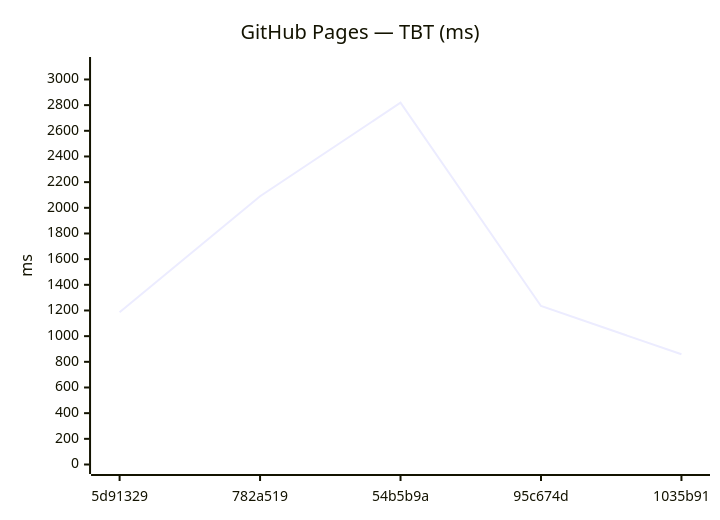
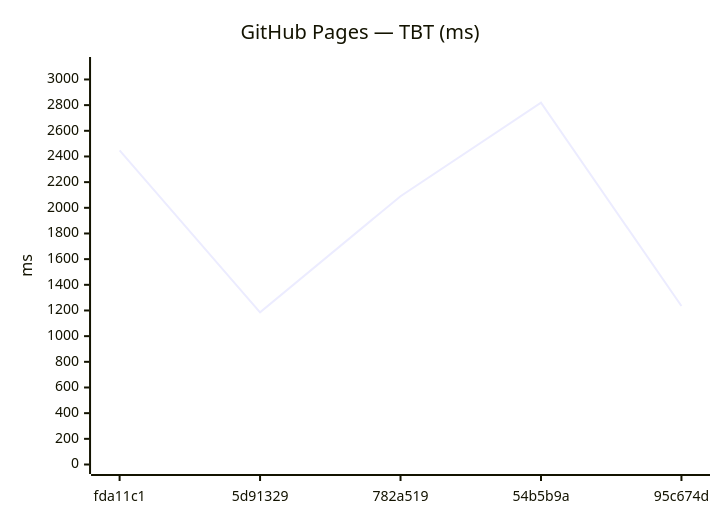
Before and after one commit to Metaheurist/Rianell: the tenth of 18 diagrams in benchmarks/compare.md, drawn with Mermaid. The commit also changed other lines of this file and 11 other files, not shown here.

````diff
--- a/benchmarks/compare.md
+++ b/benchmarks/compare.md
@@ -149,7 +149,7 @@
 ```mermaid
 xychart-beta
     title "GitHub Pages — TBT (ms)"
-    x-axis ["5d91329", "782a519", "54b5b9a", "95c674d", "1035b91"]
+    x-axis ["fda11c1", "5d91329", "782a519", "54b5b9a", "95c674d"]
     y-axis "ms" 0 --> 3101
-    line [1186, 2090, 2819, 1235, 859]
+    line [2447, 1186, 2090, 2819, 1235]
 ```
````
